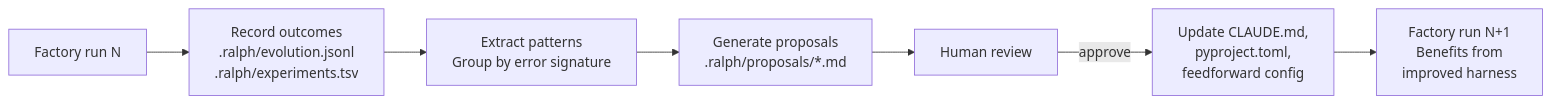
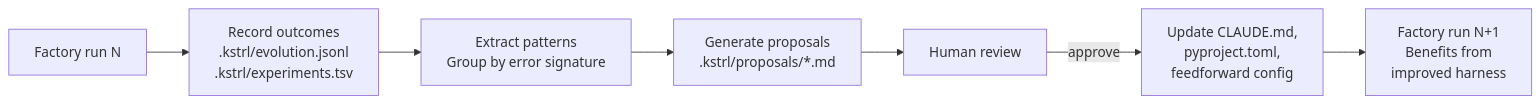
The second of 5 diagrams in README.md (0xfauzi/kstrl), drawn with Mermaid before and after one commit. The commit also changed other lines of this file and 33 other files, not shown here.

````diff
--- a/README.md
+++ b/README.md
@@ -123,9 +122,9 @@
 ```mermaid
 flowchart LR
-    Run1["Factory run N"] --> Record["Record outcomes<br/>.ralph/evolution.jsonl<br/>.ralph/experiments.tsv"]
+    Run1["Factory run N"] --> Record["Record outcomes<br/>.kstrl/evolution.jsonl<br/>.kstrl/experiments.tsv"]
     Record --> Extract["Extract patterns<br/>Group by error signature"]
-    Extract --> Propose["Generate proposals<br/>.ralph/proposals/*.md"]
+    Extract --> Propose["Generate proposals<br/>.kstrl/proposals/*.md"]
     Propose --> Review["Human review"]
     Review -->|approve| Apply["Update CLAUDE.md,<br/>pyproject.toml,<br/>feedforward config"]
     Apply --> Run2["Factory run N+1<br/>Benefits from<br/>improved harness"]
 ```
````
